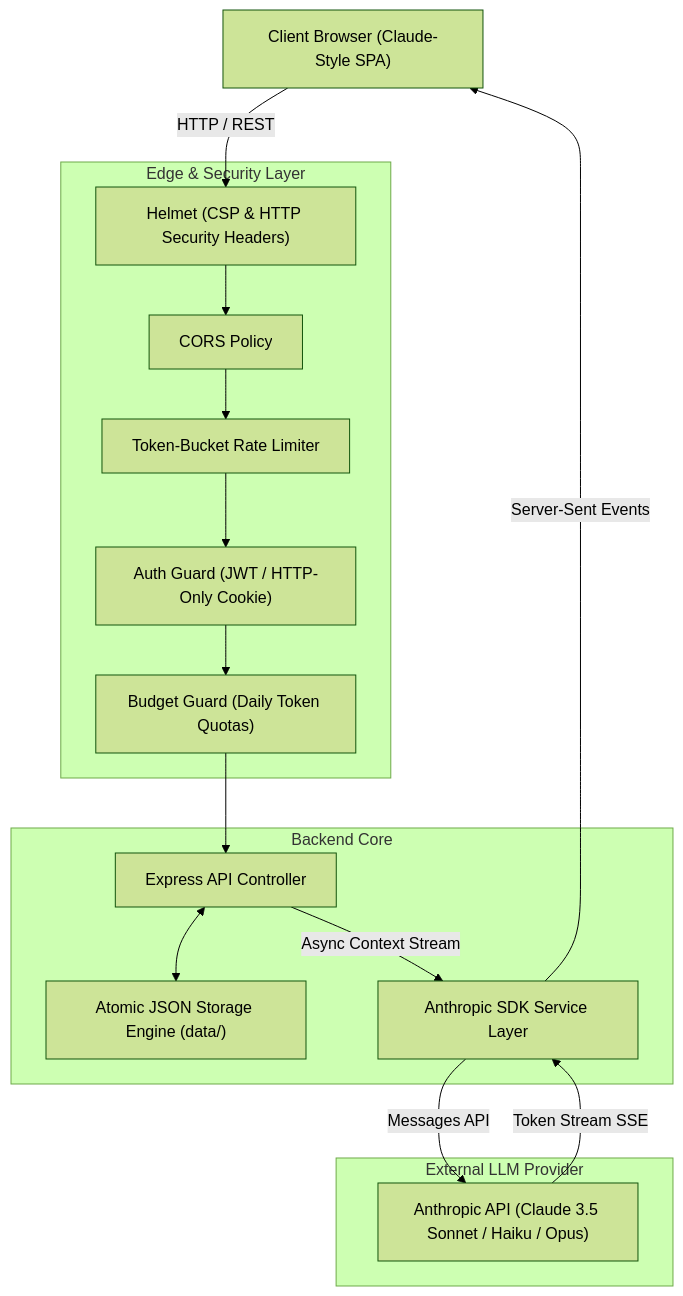
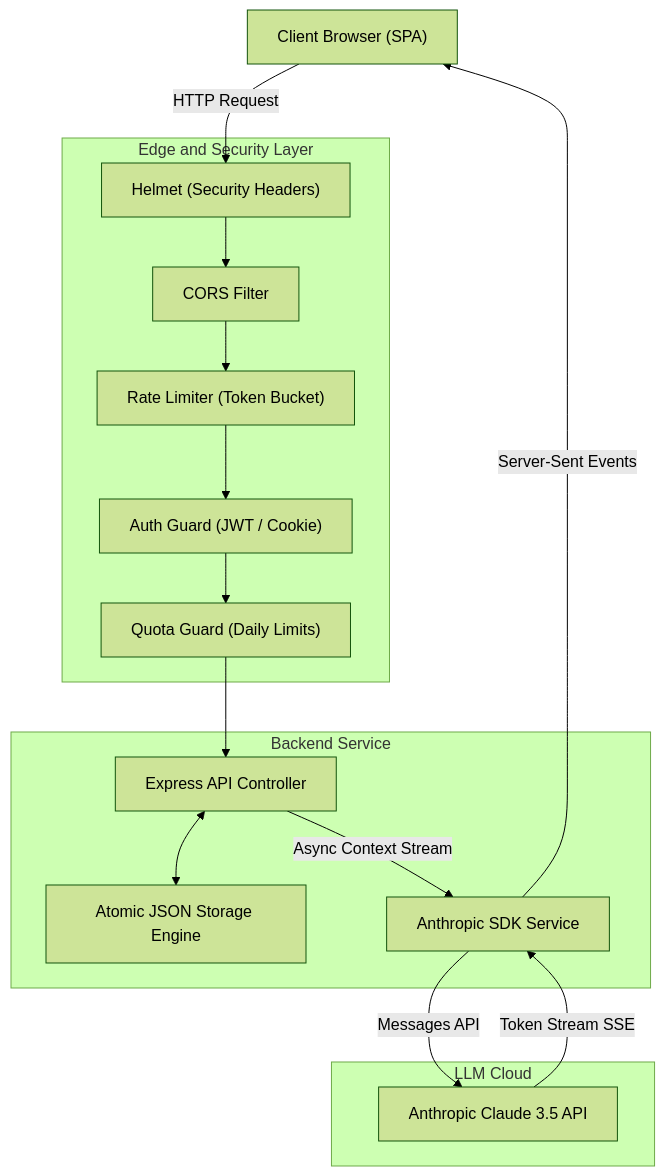
Before and after one commit to Srikanthpv21/enterprise-claude-gateway: the diagram in README.md, drawn with Mermaid (forest theme).

Commit message:
docs(architecture): fix Mermaid syntax for GitHub renderer compatibility

````diff
--- a/README.md
+++ b/README.md
@@ -14,31 +14,34 @@
 ```mermaid
-graph TD
-    Client["Client Browser (Claude-Style SPA)"]
-    
-    subgraph Edge & Security Layer
-        Helmet["Helmet (CSP & HTTP Security Headers)"]
-        Cors["CORS Policy"]
-        RateLimit["Token-Bucket Rate Limiter"]
-        AuthFilter["Auth Guard (JWT / HTTP-Only Cookie)"]
-        QuotaCheck["Budget Guard (Daily Token Quotas)"]
+flowchart TD
+    Client["Client Browser (SPA)"]
+
+    subgraph Security["Edge and Security Layer"]
+        Helmet["Helmet (Security Headers)"]
+        Cors["CORS Filter"]
+        RateLimit["Rate Limiter (Token Bucket)"]
+        AuthGuard["Auth Guard (JWT / Cookie)"]
+        QuotaGuard["Quota Guard (Daily Limits)"]
     end
 
-    subgraph Backend Core
+    subgraph Core["Backend Service"]
         Express["Express API Controller"]
-        DB["Atomic JSON Storage Engine (data/)"]
-        AnthropicSvc["Anthropic SDK Service Layer"]
+        DB["Atomic JSON Storage Engine"]
+        AnthropicSvc["Anthropic SDK Service"]
     end
 
-    subgraph External LLM Provider
-        Claude["Anthropic API (Claude 3.5 Sonnet / Haiku / Opus)"]
+    subgraph Provider["LLM Cloud"]
+        Claude["Anthropic Claude 3.5 API"]
     end
 
-    Client -->|HTTP / REST| Helmet
-    Helmet --> Cors --> RateLimit --> AuthFilter --> QuotaCheck
-    QuotaCheck --> Express
+    Client -->|HTTP Request| Helmet
+    Helmet --> Cors
+    Cors --> RateLimit
+    RateLimit --> AuthGuard
+    AuthGuard --> QuotaGuard
+    QuotaGuard --> Express
     Express <--> DB
     Express -->|Async Context Stream| AnthropicSvc
     AnthropicSvc -->|Messages API| Claude
     Claude -->|Token Stream SSE| AnthropicSvc
     AnthropicSvc -->|Server-Sent Events| Client
 ```
````
